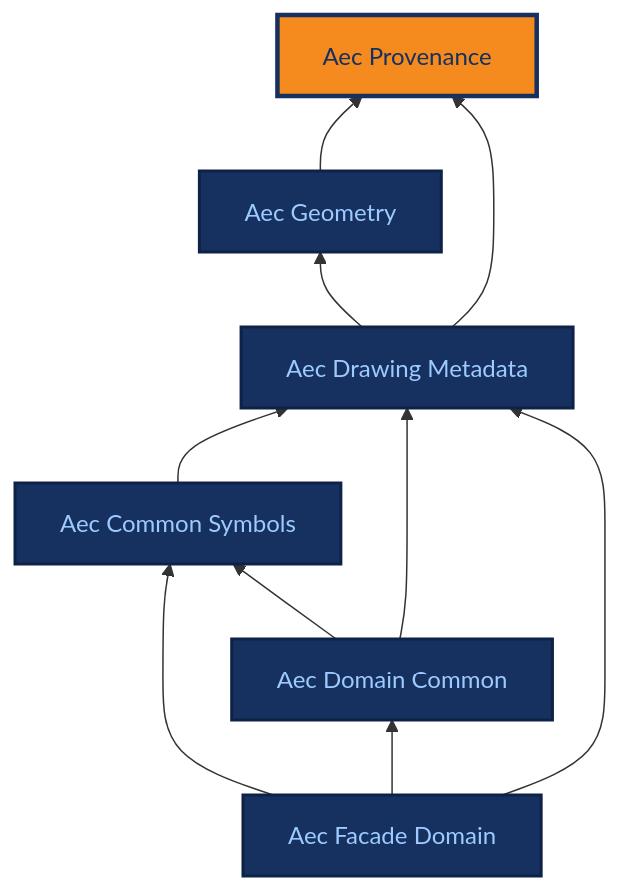
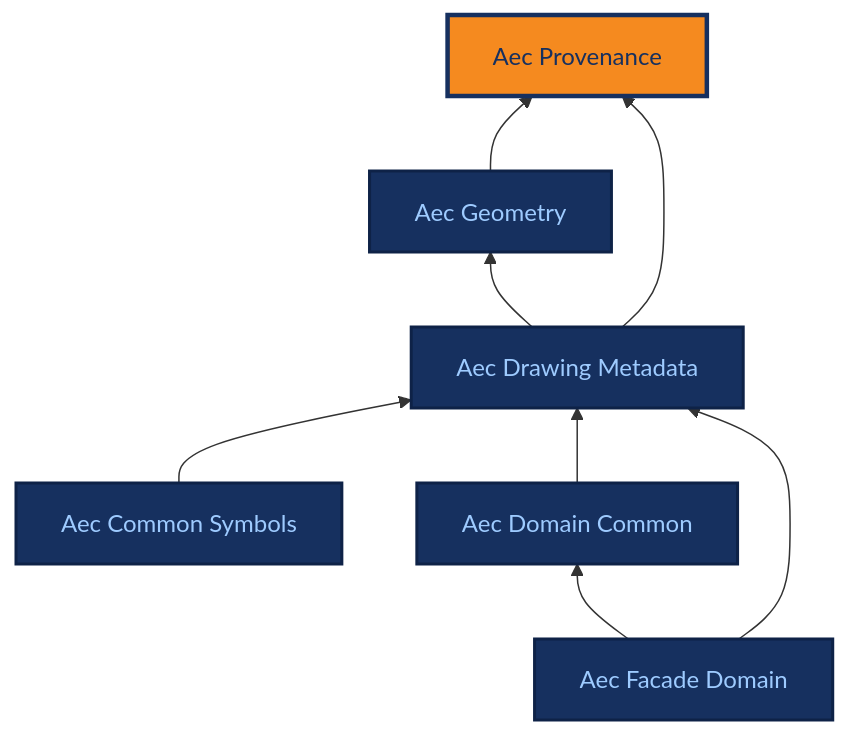
One commit to BuroHappoldMachineLearning/ADIRO changed the diagram in docs/ontologies/aec_provenance.md. Above: the diagram before and after it, drawn with Mermaid. The commit also changed 31 other files, not shown here.

First line of the commit message:
fix: remove the unused aec_common_symbols import; classify import changes (#134)

````diff
--- a/docs/ontologies/aec_provenance.md
+++ b/docs/ontologies/aec_provenance.md
@@ -28,29 +28,27 @@
 ```mermaid
 %%{init: {"themeCSS": ".base .nodeLabel,.base .nodeLabel p,.base text,.base tspan{fill:#9ecbff !important;color:#9ecbff !important}.current .nodeLabel,.current .nodeLabel p,.current text,.current tspan{fill:#16305f !important;color:#16305f !important}"} }%%
 graph BT
     aec_provenance["Aec Provenance"]
     aec_geometry["Aec Geometry"]
     aec_drawing_metadata["Aec Drawing Metadata"]
     aec_common_symbols["Aec Common Symbols"]
     aec_domain_common["Aec Domain Common"]
     aec_facade_domain["Aec Facade Domain"]
     aec_geometry --> aec_provenance
     aec_drawing_metadata --> aec_geometry
     aec_drawing_metadata --> aec_provenance
     aec_common_symbols --> aec_drawing_metadata
-    aec_domain_common --> aec_common_symbols
     aec_domain_common --> aec_drawing_metadata
-    aec_facade_domain --> aec_common_symbols
     aec_facade_domain --> aec_domain_common
     aec_facade_domain --> aec_drawing_metadata
     click aec_provenance "../aec_provenance/" "Aec Provenance reference page"
     click aec_geometry "../aec_geometry/" "Aec Geometry reference page"
     click aec_drawing_metadata "../aec_drawing_metadata/" "Aec Drawing Metadata reference page"
     click aec_common_symbols "../aec_common_symbols/" "Aec Common Symbols reference page"
     click aec_domain_common "../aec_domain_common/" "Aec Domain Common reference page"
     click aec_facade_domain "../aec_facade_domain/" "Aec Facade Domain reference page"
     classDef base fill:#16305f,stroke:#0e2247,stroke-width:2px,color:#9ecbff;
     class aec_geometry,aec_drawing_metadata,aec_common_symbols,aec_domain_common,aec_facade_domain base;
     classDef current fill:#f58a1f,stroke:#16305f,stroke-width:3px,color:#16305f;
     class aec_provenance current;
 ```
````
